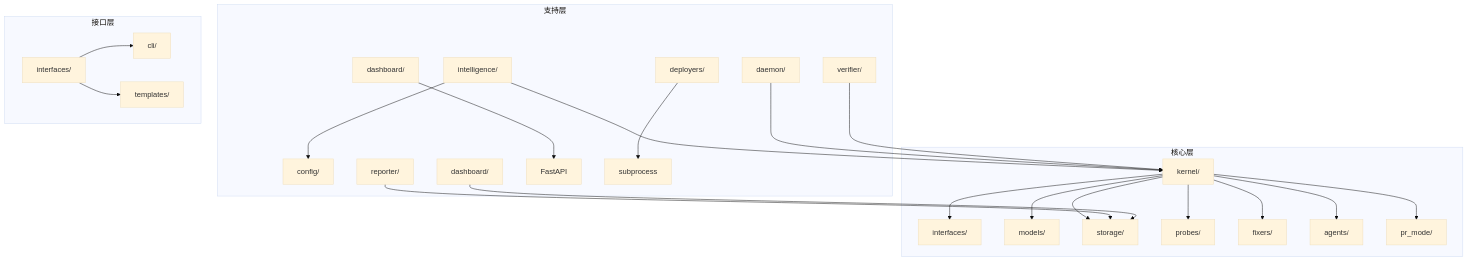
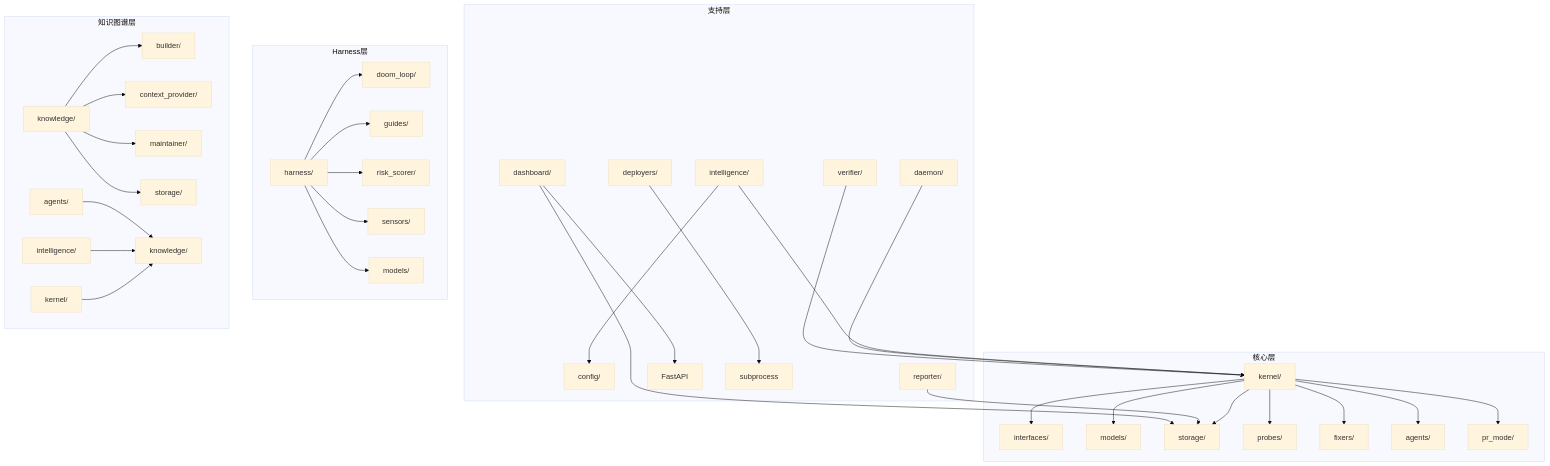
Before and after one commit to pinsonchen/vivify: the ninth of 9 diagrams in .qoder/repowiki/zh/content/技术实现参考/技术实现参考.md, drawn with Mermaid (base theme). The commit also changed other lines of this file and 25 other files, not shown here.

````diff
--- a/.qoder/repowiki/zh/content/技术实现参考/技术实现参考.md
+++ b/.qoder/repowiki/zh/content/技术实现参考/技术实现参考.md
@@ -511,26 +791,38 @@
 ```mermaid
 graph TB
 subgraph "核心层"
 A["kernel/"] --> B["interfaces/"]
 A --> C["models/"]
 A --> D["storage/"]
 A --> E["probes/"]
 A --> F["fixers/"]
 A --> G["agents/"]
 A --> H["pr_mode/"]
 end
 subgraph "支持层"
 I["intelligence/"] --> J["config/"]
 I --> A
 K["daemon/"] --> A
 L["reporter/"] --> D
 M["verifier/"] --> A
 N["dashboard/"] --> D
-O["dashboard/"] --> P["FastAPI"]
-Q["deployers/"] --> R["subprocess"]
+N --> O["FastAPI"]
+P["deployers/"] --> Q["subprocess"]
 end
-subgraph "接口层"
-S["interfaces/"] --> T["cli/"]
-S --> U["templates/"]
+subgraph "Harness层"
+R["harness/"] --> S["doom_loop/"]
+R --> T["guides/"]
+R --> U["risk_scorer/"]
+R --> V["sensors/"]
+R --> W["models/"]
+end
+subgraph "知识图谱层"
+X["knowledge/"] --> Y["builder/"]
+X --> Z["context_provider/"]
+X --> AA["maintainer/"]
+X --> BB["storage/"]
+CC["agents/"] --> DD["knowledge/"]
+EE["intelligence/"] --> DD
+FF["kernel/"] --> DD
 end
 ```
````
